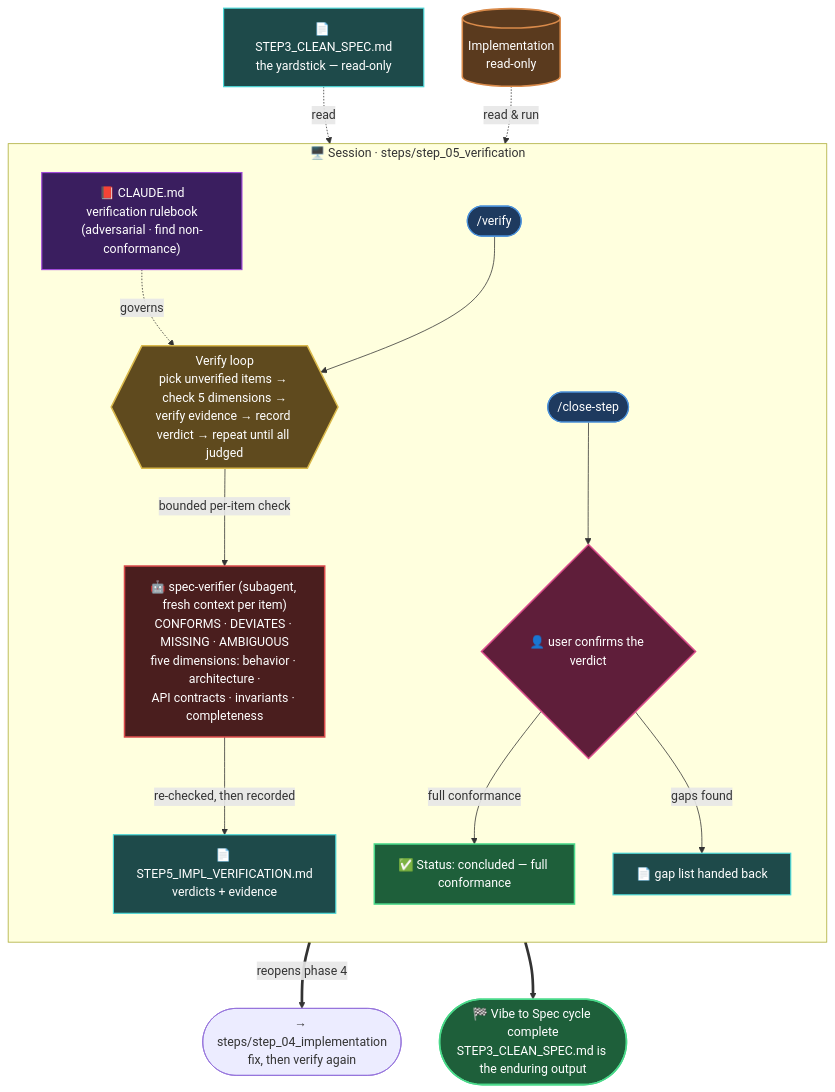
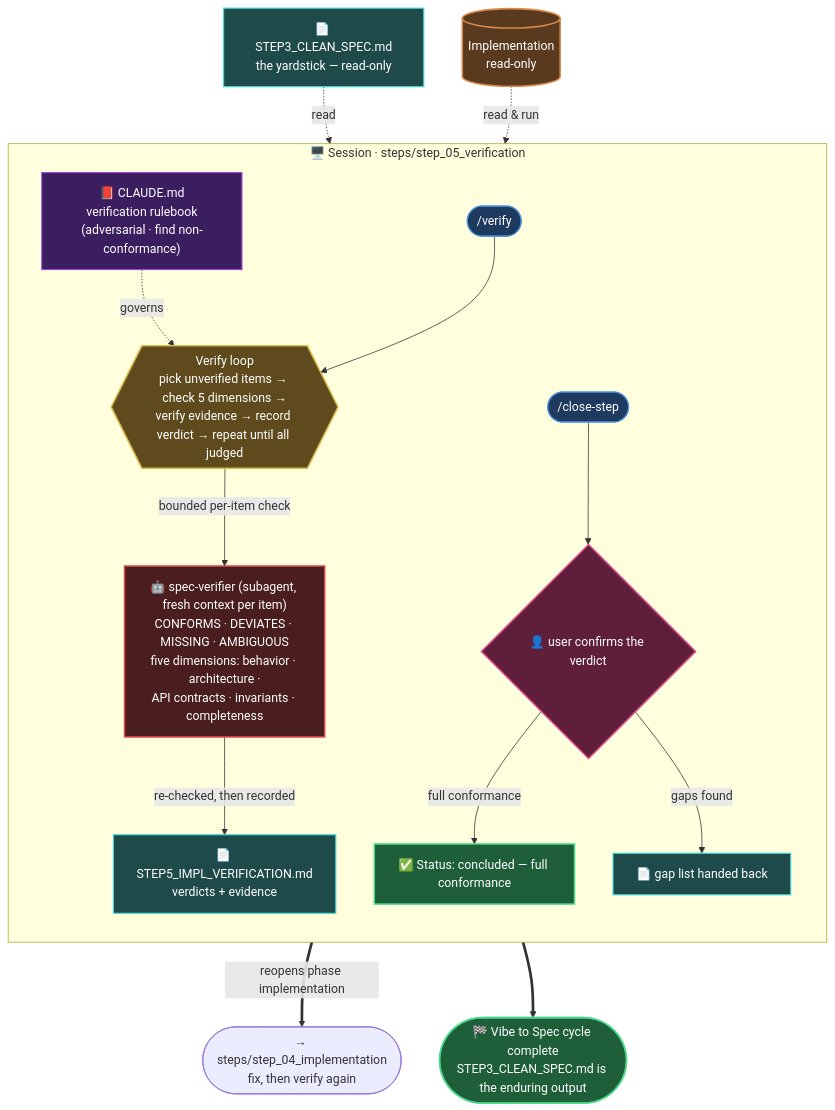
The sixth of 6 diagrams in docs/global_workflow.md (jeromeetienne/vibe_to_spec), drawn with Mermaid before and after one commit. The commit also changed other lines of this file and 9 other files, not shown here.

````diff
--- a/docs/global_workflow.md
+++ b/docs/global_workflow.md
@@ -268,46 +268,46 @@
 ```mermaid
 flowchart TD
     In5a["📄 STEP3_CLEAN_SPEC.md<br/>the yardstick — read-only"]
     In5b[("Implementation<br/>read-only")]
 
     subgraph S5["🖥️ Session · steps/step_05_verification"]
         direction TB
         R5["📕 CLAUDE.md<br/>verification rulebook<br/>(adversarial · find non-conformance)"]
         Cmd5a(["/verify"])
         Cmd5b(["/close-step"])
 
         Loop5{{"Verify loop<br/>pick unverified items → check 5 dimensions →<br/>verify evidence → record verdict → repeat until all judged"}}
         Verifier5["🤖 spec-verifier (subagent, fresh context per item)<br/>CONFORMS · DEVIATES · MISSING · AMBIGUOUS<br/>five dimensions: behavior · architecture ·<br/>API contracts · invariants · completeness"]
 
         R5 -.governs.-> Loop5
         Cmd5a --> Loop5
         Loop5 -->|"bounded per-item check"| Verifier5
         Verifier5 -->|"re-checked, then recorded"| Report5["📄 STEP5_IMPL_VERIFICATION.md<br/>verdicts + evidence"]
 
         Cmd5b --> Gate5{"👤 user confirms the verdict"}
         Gate5 -->|"full conformance"| Done5["✅ Status: concluded — full conformance"]
         Gate5 -->|"gaps found"| HandBack["📄 gap list handed back"]
     end
 
     In5a -.->|read| Loop5
     In5b -.->|read & run| Loop5
-    HandBack ==>|"reopens phase 4"| Back5(["→ steps/step_04_implementation<br/>fix, then verify again"])
+    HandBack ==>|"reopens phase implementation"| Back5(["→ steps/step_04_implementation<br/>fix, then verify again"])
     Done5 ==> Complete(["🏁 Vibe to Spec cycle complete<br/>STEP3_CLEAN_SPEC.md is the enduring output"])
 
     classDef rule fill:#3a1e5f,stroke:#a04ad9,stroke-width:1.5px,color:#fff;
     classDef cmd fill:#1e3a5f,stroke:#4a90d9,stroke-width:1.5px,color:#fff;
     classDef loop fill:#5f4a1e,stroke:#d9b84a,stroke-width:2px,color:#fff;
     classDef rec fill:#1e4a4a,stroke:#4ad9d9,stroke-width:1.5px,color:#fff;
     classDef gate fill:#5f1e3a,stroke:#d94a8a,stroke-width:2px,color:#fff;
     classDef critic fill:#4a1e1e,stroke:#d94a4a,stroke-width:2px,color:#fff;
     classDef code fill:#5a3a1e,stroke:#d98a4a,stroke-width:2px,color:#fff;
     classDef done fill:#1e5f3a,stroke:#4ad98a,stroke-width:2px,color:#fff;
     class R5 rule;
     class Cmd5a,Cmd5b cmd;
     class Loop5 loop;
     class Report5,HandBack,In5a rec;
     class Gate5 gate;
     class Verifier5 critic;
     class In5b code;
     class Done5,Complete done;
 ```
````
